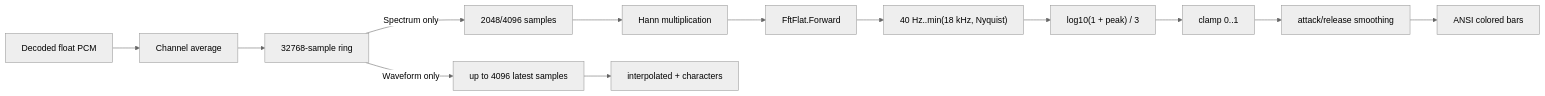
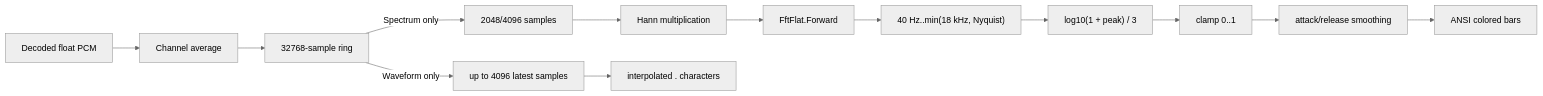
Before and after one commit to Geckon01/YACPlayer: the third of 3 diagrams in docs/ARCHITECTURE.md, drawn with Mermaid (neutral theme). The commit also changed other lines of this file and 19 other files, not shown here.

````diff
--- a/docs/ARCHITECTURE.md
+++ b/docs/ARCHITECTURE.md
@@ -248,15 +250,15 @@
 ```mermaid
 flowchart LR
     PCM["Decoded float PCM"] --> Mono["Channel average"]
     Mono --> Ring["32768-sample ring"]
     Ring -->|"Spectrum only"| Window["2048/4096 samples"]
     Window --> Hann["Hann multiplication"]
     Hann --> FFT["FftFlat.Forward"]
     FFT --> Bands["40 Hz..min(18 kHz, Nyquist)"]
     Bands --> Log["log10(1 + peak) / 3"]
     Log --> Clamp["clamp 0..1"]
     Clamp --> Smooth["attack/release smoothing"]
     Smooth --> Bars["ANSI colored bars"]
     Ring -->|"Waveform only"| Latest["up to 4096 latest samples"]
-    Latest --> Plus["interpolated + characters"]
+    Latest --> Dots["interpolated . characters"]
 ```
````
